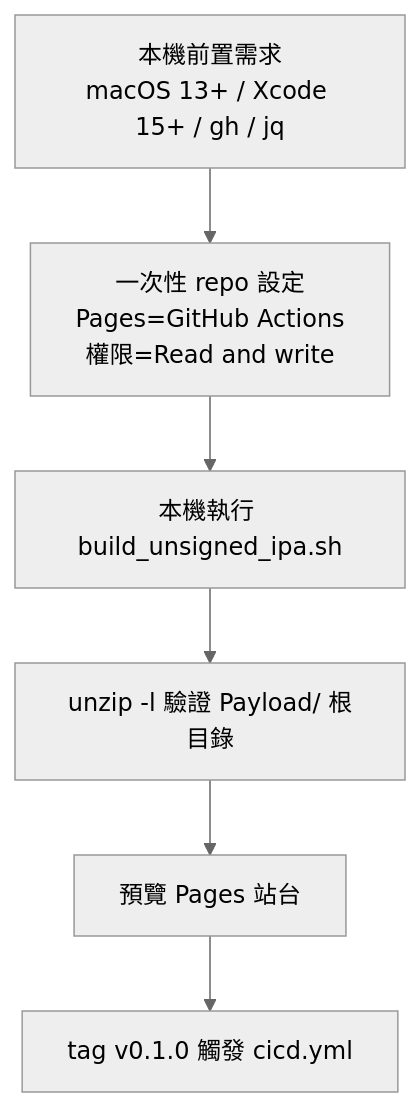
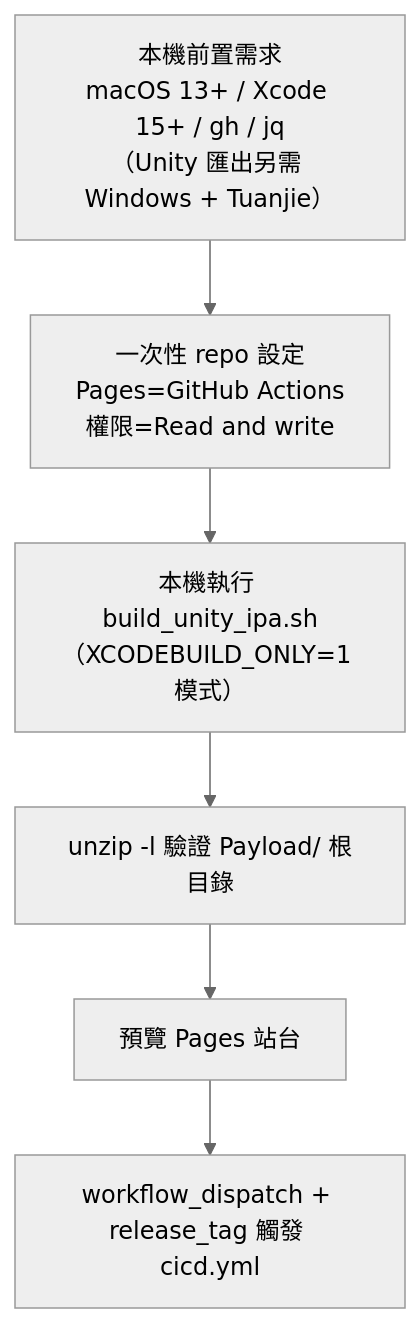
Before and after one commit to Mcc-Mak/ios-app: the diagram in docbase/setup.md, drawn with Mermaid (neutral theme). The commit also changed other lines of this file and 37 other files, not shown here.

````diff
--- a/docbase/setup.md
+++ b/docbase/setup.md
@@ -5,8 +5,8 @@
 ```mermaid
 flowchart TD
-  pre["本機前置需求<br/>macOS 13+ / Xcode 15+ / gh / jq"] --> repo["一次性 repo 設定<br/>Pages=GitHub Actions<br/>權限=Read and write"]
-  repo --> build["本機執行 build_unsigned_ipa.sh"]
+  pre["本機前置需求<br/>macOS 13+ / Xcode 15+ / gh / jq<br/>（Unity 匯出另需 Windows + Tuanjie）"] --> repo["一次性 repo 設定<br/>Pages=GitHub Actions<br/>權限=Read and write"]
+  repo --> build["本機執行 build_unity_ipa.sh<br/>（XCODEBUILD_ONLY=1 模式）"]
   build --> verify["unzip -l 驗證 Payload/ 根目錄"]
   verify --> preview["預覽 Pages 站台"]
-  preview --> tag["tag v0.1.0 觸發 cicd.yml"]
+  preview --> tag["workflow_dispatch + release_tag 觸發 cicd.yml"]
 ```
````
